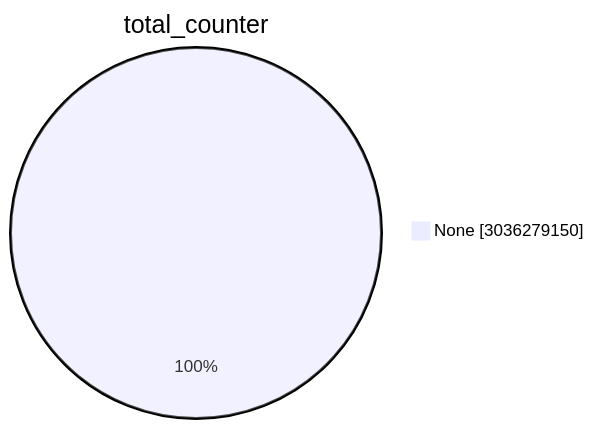
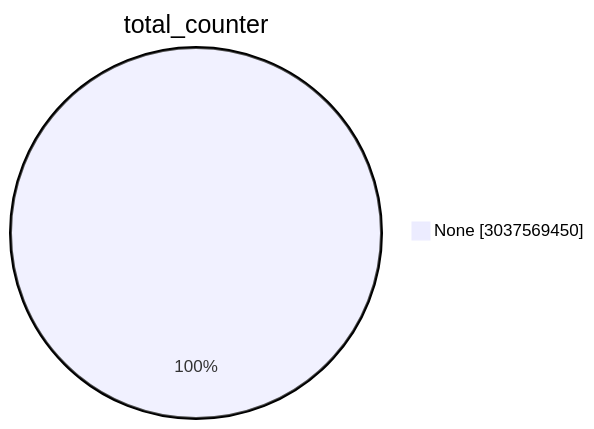
Before and after one commit to christiankrug/ctmonitor_visualization: the first of 15 diagrams in TOTAL/README.md, drawn with Mermaid. The commit also changed other lines of this file, not shown here.

````diff
--- a/TOTAL/README.md
+++ b/TOTAL/README.md
@@ -1,5 +1,5 @@
 ```mermaid
 pie showData
 title total_counter
-"None" :3036279150
+"None" :3037569450
 ```
````
